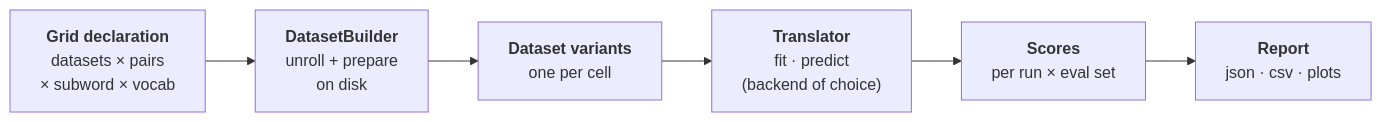
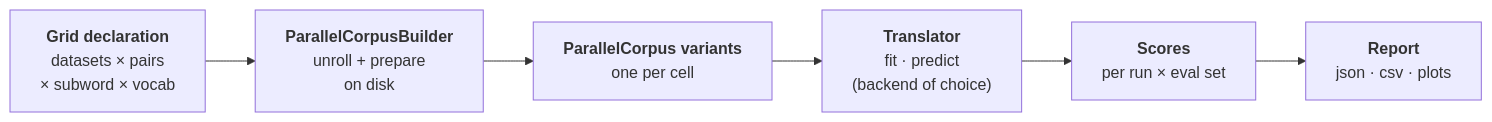
The diagram in docs/concepts/mental-model.md (salvacarrion/autonmt), drawn with Mermaid before and after one commit. The commit also changed other lines of this file and 62 other files, not shown here.

````diff
--- a/docs/concepts/mental-model.md
+++ b/docs/concepts/mental-model.md
@@ -5,8 +5,8 @@
 ```mermaid
 flowchart LR
-    A["<b>Grid declaration</b><br/>datasets × pairs<br/>× subword × vocab"] --> B["<b>DatasetBuilder</b><br/>unroll + prepare<br/>on disk"]
-    B --> C["<b>Dataset variants</b><br/>one per cell"]
+    A["<b>Grid declaration</b><br/>datasets × pairs<br/>× subword × vocab"] --> B["<b>ParallelCorpusBuilder</b><br/>unroll + prepare<br/>on disk"]
+    B --> C["<b>ParallelCorpus variants</b><br/>one per cell"]
     C --> D["<b>Translator</b><br/>fit · predict<br/>(backend of choice)"]
     D --> E["<b>Scores</b><br/>per run × eval set"]
     E --> F["<b>Report</b><br/>json · csv · plots"]
 ```
````
